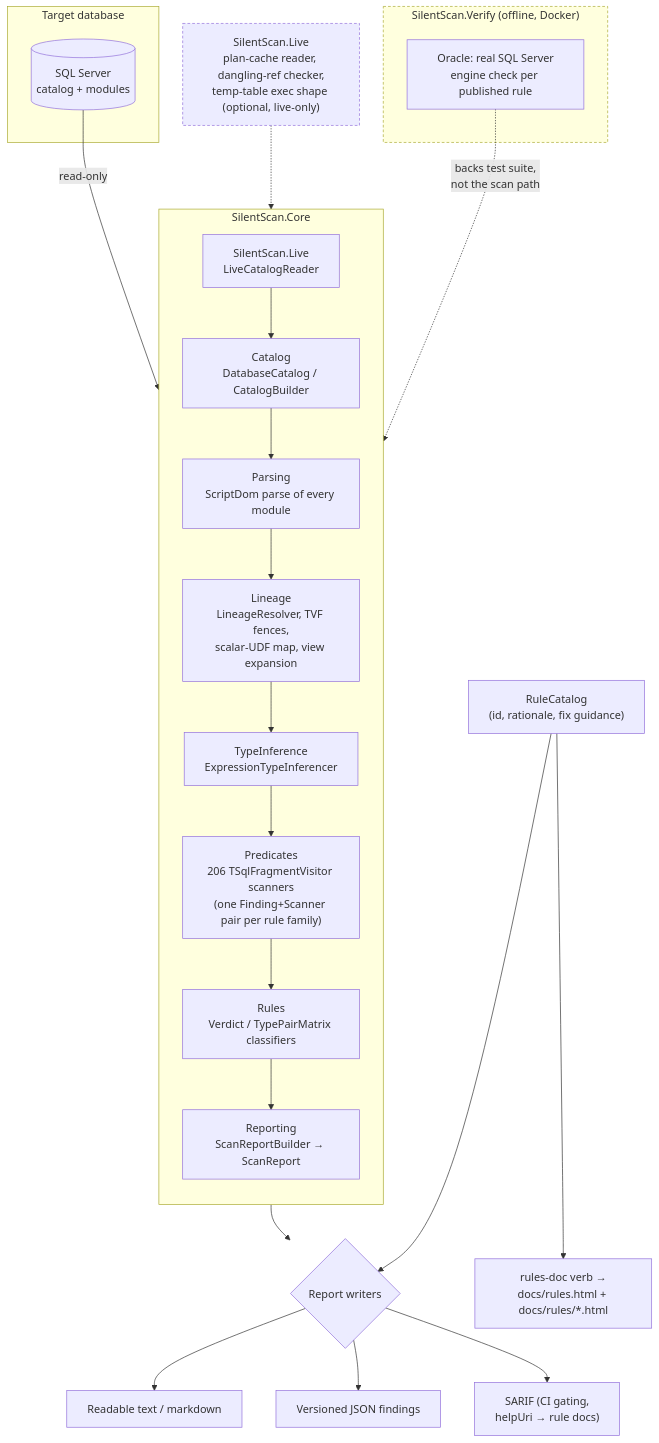
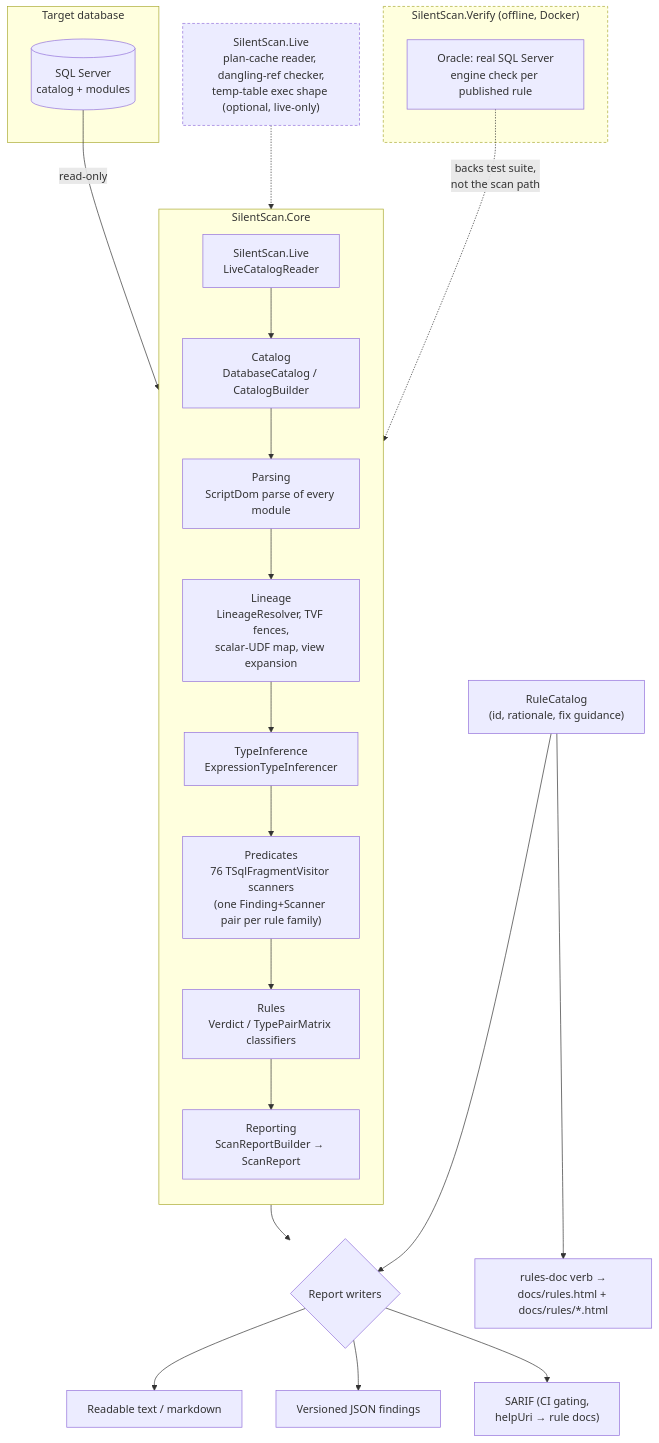
One commit to bhattumang7/mssql-silentscan changed the diagram in README.md. Above: the diagram before and after it, drawn with Mermaid. The commit also changed other lines of this file and 391 other files, not shown here.

````diff
--- a/README.md
+++ b/README.md
@@ -92,37 +92,37 @@
 ```mermaid
 flowchart TD
     subgraph Input["Target database"]
         DB[(SQL Server<br/>catalog + modules)]
     end
 
     DB -->|read-only| LCR["SilentScan.Live<br/>LiveCatalogReader"]
 
     subgraph Core["SilentScan.Core"]
         direction TB
         LCR --> CAT["Catalog<br/>DatabaseCatalog / CatalogBuilder"]
         CAT --> PARSE["Parsing<br/>ScriptDom parse of every module"]
         PARSE --> LIN["Lineage<br/>LineageResolver, TVF fences,<br/>scalar-UDF map, view expansion"]
         LIN --> TYPE["TypeInference<br/>ExpressionTypeInferencer"]
-        TYPE --> PRED["Predicates<br/>206 TSqlFragmentVisitor scanners<br/>(one Finding+Scanner pair per rule family)"]
+        TYPE --> PRED["Predicates<br/>76 TSqlFragmentVisitor scanners<br/>(one Finding+Scanner pair per rule family)"]
         PRED --> RULES["Rules<br/>Verdict / TypePairMatrix classifiers"]
         RULES --> SRB["Reporting<br/>ScanReportBuilder → ScanReport"]
     end
 
     LIVEEXTRA["SilentScan.Live<br/>plan-cache reader, dangling-ref checker,<br/>temp-table exec shape (optional, live-only)"] -.-> SRB
 
     SRB --> WRITERS{"Report writers"}
     WRITERS --> TXT["Readable text / markdown"]
     WRITERS --> JSON["Versioned JSON findings"]
     WRITERS --> SARIF["SARIF (CI gating,<br/>helpUri → rule docs)"]
 
     RULECAT["RuleCatalog<br/>(id, rationale, fix guidance)"] --> WRITERS
     RULECAT --> RULEDOCS["rules-doc verb →<br/>docs/rules.html + docs/rules/*.html"]
 
     subgraph Verify["SilentScan.Verify (offline, Docker)"]
         ORACLE["Oracle: real SQL Server<br/>engine check per published rule"]
     end
     ORACLE -.->|backs test suite,<br/>not the scan path| PRED
 
     classDef opt stroke-dasharray: 4 3;
     class LIVEEXTRA,Verify opt;
 ```
````
